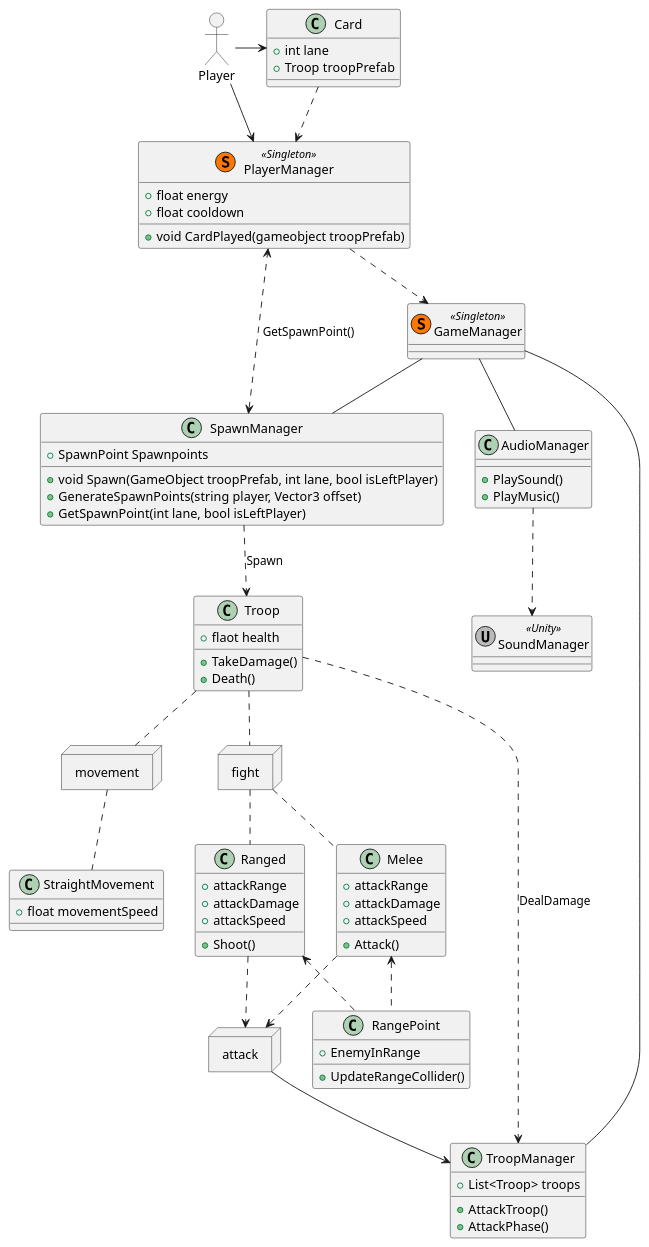
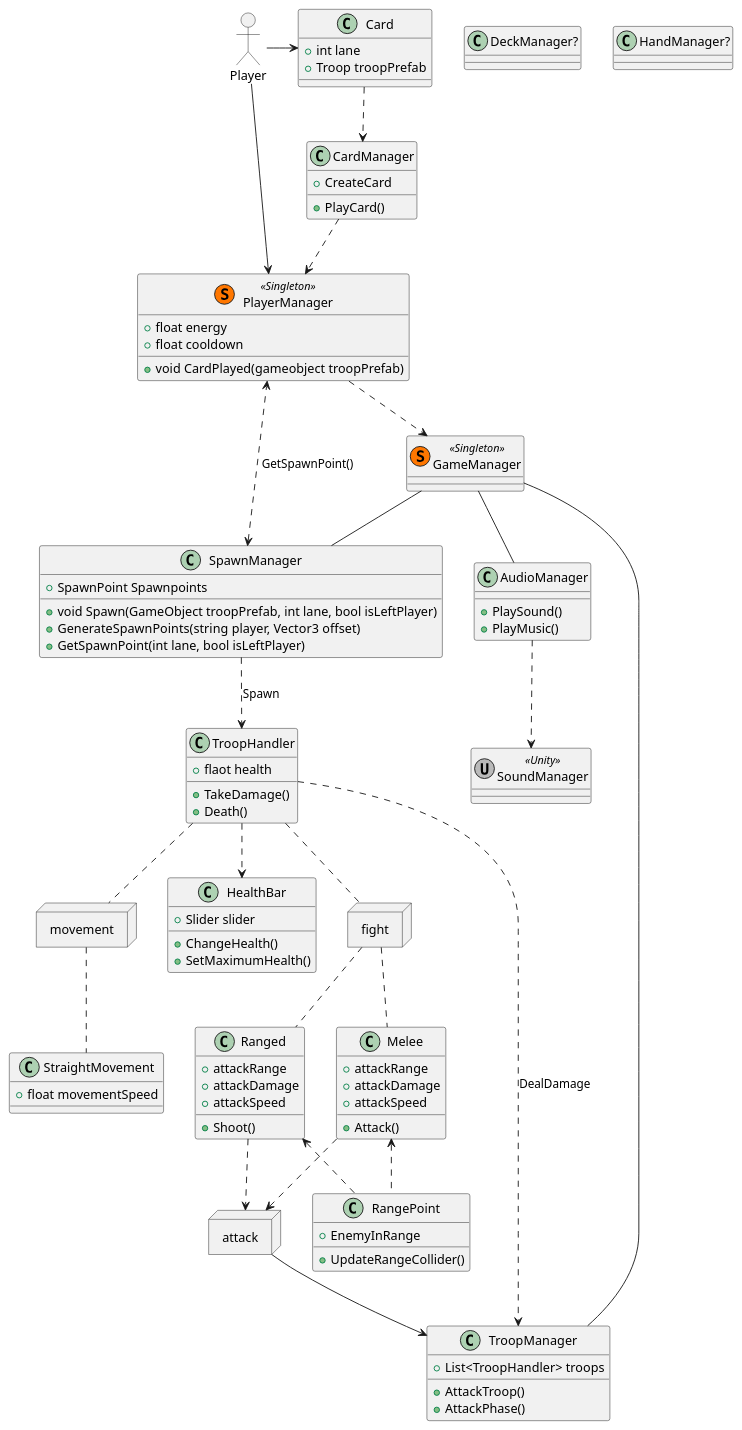
Before and after one commit to MarcHonegger/Maturarbeit: the diagram in class_architecture.plantuml, drawn with PlantUML.

```diff
--- a/class_architecture.plantuml
+++ b/class_architecture.plantuml
@@ -1,109 +1,125 @@
 @startuml
 
 allowmixing
 
 node attack
 node fight
 node movement
 
 class PlayerManager << (S,#FF7700) Singleton >> {
   +float energy
   +float cooldown
   +void CardPlayed(gameobject troopPrefab)
 }
 
 class GameManager << (S,#FF7700) Singleton >> {
 
 }
 
 class AudioManager {
-+PlaySound()
-+PlayMusic()
+  +PlaySound()
+  +PlayMusic()
 }
 
-class SoundManager << (U,#bababa) Unity >>{}
+class SoundManager << (U,#bababa) Unity >> {}
 
 class SpawnManager {
   +SpawnPoint Spawnpoints
   +void Spawn(GameObject troopPrefab, int lane, bool isLeftPlayer)
   +GenerateSpawnPoints(string player, Vector3 offset)
   +GetSpawnPoint(int lane, bool isLeftPlayer)
 }
 
 
 class TroopManager {
-  +List<Troop> troops
+  +List<TroopHandler> troops
   +AttackTroop()
   +AttackPhase()
 }
 
-class Troop {
+class TroopHandler {
   +flaot health
   +TakeDamage()
   +Death()
 }
 
 class Melee {
   +attackRange
   +attackDamage
   +attackSpeed
   +Attack()
 }
 
 class Ranged {
   +attackRange
   +attackDamage
   +attackSpeed
   +Shoot()
 }
 
 class RangePoint {
   +EnemyInRange
   +UpdateRangeCollider()
 }
 
 class StraightMovement {
   +float movementSpeed
 }
 
+class DeckManager? {}
+class HandManager? {} 
+
+class CardManager {
+  +CreateCard
+  +PlayCard()
+}
+
 class Card {
   +int lane
   +Troop troopPrefab
+}
+
+class HealthBar {
+  +Slider slider
+  +ChangeHealth()
+  +SetMaximumHealth()
 }
 
 actor Player
 
 Player -> PlayerManager
 Player -> Card
 
-Card ..> PlayerManager
+Card ..> CardManager
+CardManager ..> PlayerManager
 PlayerManager ..> GameManager
 
 GameManager -- SpawnManager
 GameManager -- AudioManager
 GameManager -- TroopManager
 
 SpawnManager <..> PlayerManager : GetSpawnPoint()
-SpawnManager ..> Troop : Spawn
+SpawnManager ..> TroopHandler : Spawn
 AudioManager ..> SoundManager
 
-Troop ..> TroopManager : DealDamage
+TroopHandler ..> TroopManager : DealDamage
 
-Troop .. fight
-Troop .. movement
+TroopHandler .. fight
+TroopHandler .. movement
+TroopHandler ..> HealthBar
 
 fight .. Melee
 fight .. Ranged
 
 movement .. StraightMovement
 
 Melee <.. RangePoint
 Ranged <.. RangePoint
 
 Melee ..> attack
 Ranged ..> attack
 
 
 attack --> TroopManager
 
 @enduml
```
